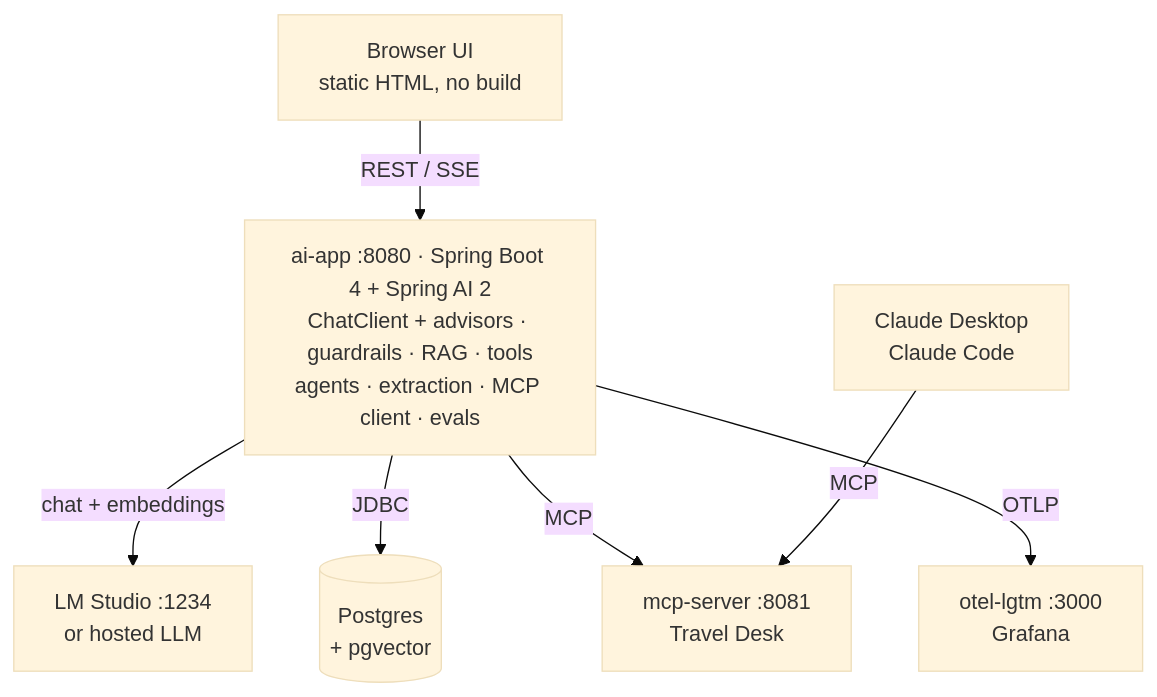
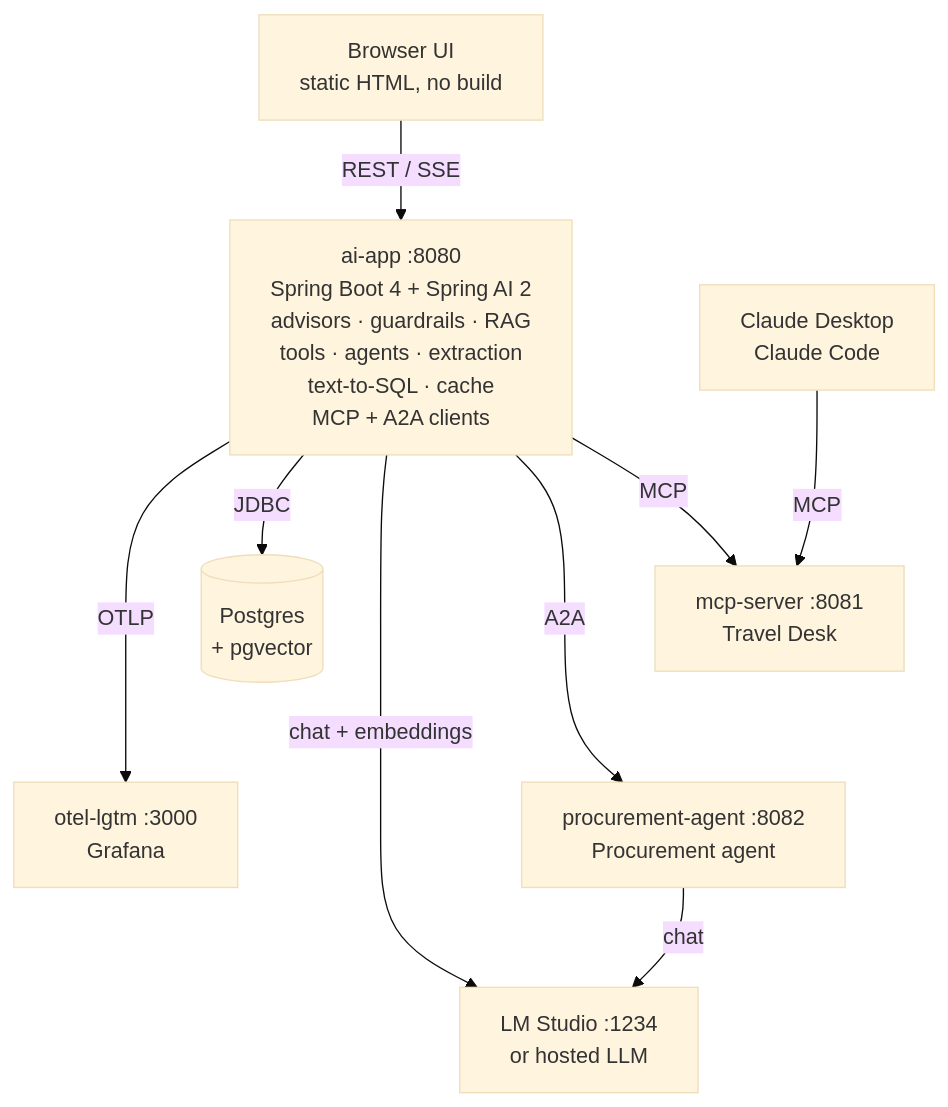
One commit to VimalKmr250/ai-concepts-demo changed the diagram in README.md. Above: the diagram before and after it, drawn with Mermaid (base theme). The commit also changed other lines of this file and 50 other files, not shown here.

````diff
--- a/README.md
+++ b/README.md
@@ -27,10 +30,14 @@
 ```mermaid
 flowchart TB
   UI["Browser UI<br/>static HTML, no build"] -->|REST / SSE| APP
-  APP["ai-app :8080 · Spring Boot 4 + Spring AI 2<br/>ChatClient + advisors · guardrails · RAG · tools<br/>agents · extraction · MCP client · evals"]
+  APP["ai-app :8080<br/>Spring Boot 4 + Spring AI 2<br/>advisors · guardrails · RAG<br/>tools · agents · extraction<br/>text-to-SQL · cache<br/>MCP + A2A clients"]
   APP -->|chat + embeddings| LLM["LM Studio :1234<br/>or hosted LLM"]
   APP -->|JDBC| PG[("Postgres<br/>+ pgvector")]
+  APP -->|OTLP| LGTM["otel-lgtm :3000<br/>Grafana"]
   APP -->|MCP| MCPS["mcp-server :8081<br/>Travel Desk"]
-  APP -->|OTLP| LGTM["otel-lgtm :3000<br/>Grafana"]
+  APP -->|A2A| PA["procurement-agent :8082<br/>Procurement agent"]
+  PA -->|chat| LLM
+  MCPS ~~~ PA
+  PG ~~~ LGTM
   CLAUDE["Claude Desktop<br/>Claude Code"] -->|MCP| MCPS
 ```
````
